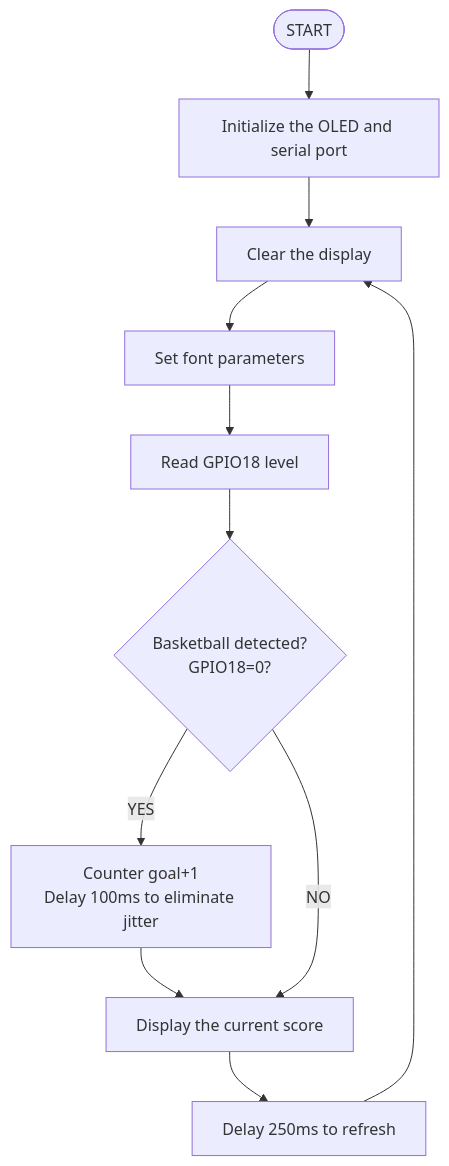
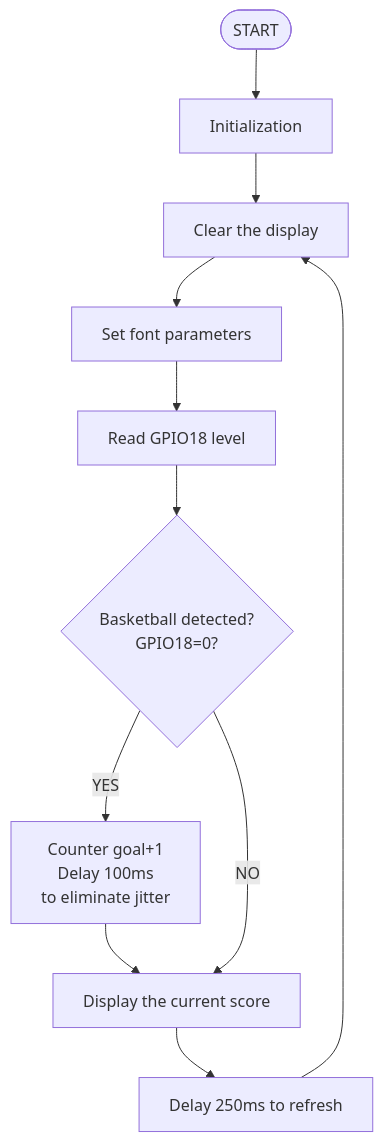
The diagram in docs/4.Arduino Projects/4.3 Projects/Project 6.md (keyestudio/KS0597-), drawn with Mermaid before and after one commit. The commit also changed 9 other files, not shown here.

````diff
--- a/docs/4.Arduino Projects/4.3 Projects/Project 6.md
+++ b/docs/4.Arduino Projects/4.3 Projects/Project 6.md
@@ -143,13 +143,13 @@
 ```mermaid
 graph TD
-    A([START]) --> B[Initialize the OLED and serial port]
+    A([START]) --> B[Initialization]
     B --> C[Clear the display]
     C --> D[Set font parameters]
     D --> E[Read GPIO18 level]
     E --> F{Basketball detected?<br>GPIO18=0?}
-    F -- YES --> G[Counter goal+1<br>Delay 100ms to eliminate jitter]
+    F -- YES --> G[Counter goal+1<br>Delay 100ms <br>to eliminate jitter]
     G --> H[Display the current score]
     F -- NO --> H
     H --> I[Delay 250ms to refresh]
     I --> C
 ```
````
